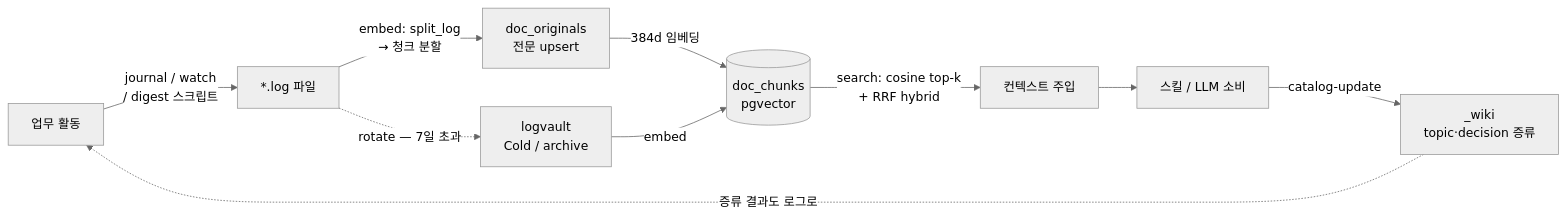
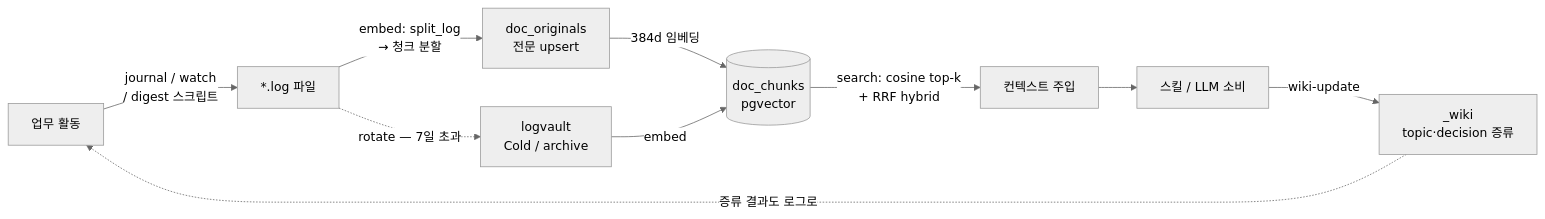
Before and after one commit to mzd-nrkim/loregist: the fourth of 6 diagrams in ARCHITECTURE.md, drawn with Mermaid (neutral theme). The commit also changed other lines of this file and 3 other files, not shown here.

Commit message:
docs: catalog-update → wiki-update 전수 교체 (handbook + _wiki)

````diff
--- a/ARCHITECTURE.md
+++ b/ARCHITECTURE.md
@@ -147,12 +147,12 @@
 ```mermaid
 flowchart LR
     WORK[업무 활동] -->|"journal / watch\n/ digest 스크립트"| LOG["*.log 파일"]
     LOG -->|"embed: split_log\n→ 청크 분할"| UP["doc_originals\n전문 upsert"]
     UP -->|"384d 임베딩"| DC[("doc_chunks\npgvector")]
     DC -->|"search: cosine top-k\n+ RRF hybrid"| CTX[컨텍스트 주입]
     CTX --> SKILL[스킬 / LLM 소비]
-    SKILL -->|"catalog-update"| WIKI["_wiki\ntopic·decision 증류"]
+    SKILL -->|"wiki-update"| WIKI["_wiki\ntopic·decision 증류"]
     WIKI -.->|"증류 결과도 로그로"| WORK
     LOG -.->|"rotate — 7일 초과"| VAULT["logvault\nCold / archive"]
     VAULT -->|"embed"| DC
 ```
````
